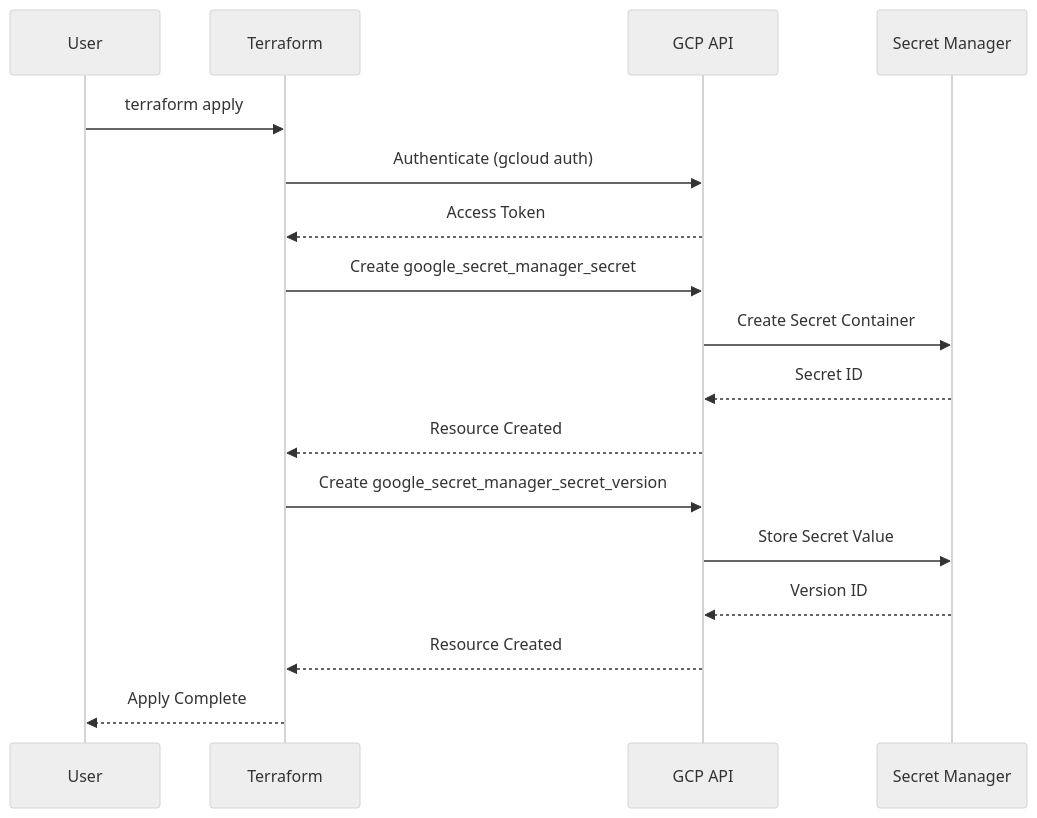
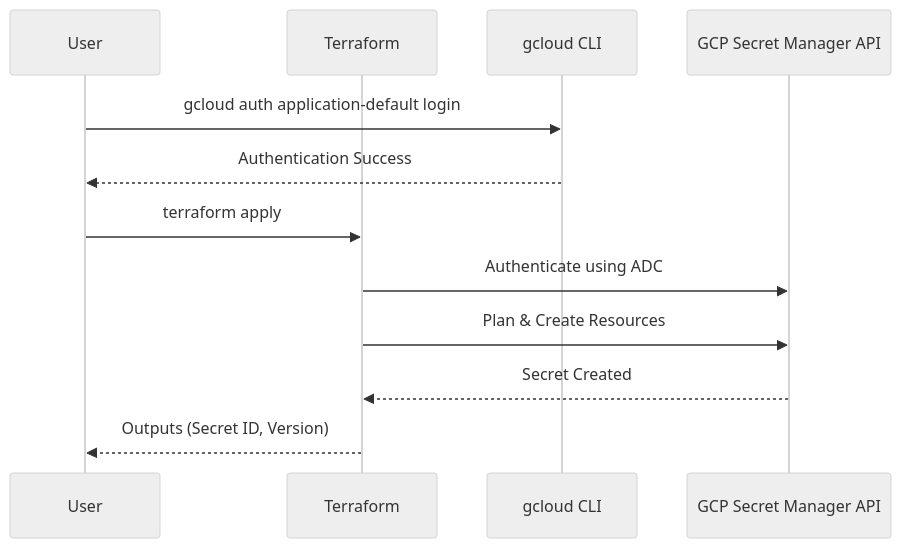
Before and after one commit to marcuwynu23/terraform-gcp-secret-manager: the second of 2 diagrams in README.md, drawn with Mermaid (neutral theme). The commit also changed other lines of this file, not shown here.

````diff
--- a/README.md
+++ b/README.md
@@ -17,20 +18,15 @@
 ```mermaid
 sequenceDiagram
     participant U as User
     participant T as Terraform
-    participant G as GCP API
-    participant SM as Secret Manager
+    participant G as gcloud CLI
+    participant API as GCP Secret Manager API
 
+    U->>G: gcloud auth application-default login
+    G-->>U: Authentication Success
     U->>T: terraform apply
-    T->>G: Authenticate (gcloud auth)
-    G-->>T: Access Token
-    T->>G: Create google_secret_manager_secret
-    G->>SM: Create Secret Container
-    SM-->>G: Secret ID
-    G-->>T: Resource Created
-    T->>G: Create google_secret_manager_secret_version
-    G->>SM: Store Secret Value
-    SM-->>G: Version ID
-    G-->>T: Resource Created
-    T-->>U: Apply Complete
+    T->>API: Authenticate using ADC
+    T->>API: Plan & Create Resources
+    API-->>T: Secret Created
+    T-->>U: Outputs (Secret ID, Version)
 ```
````
